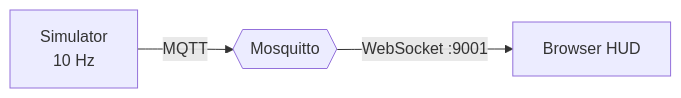
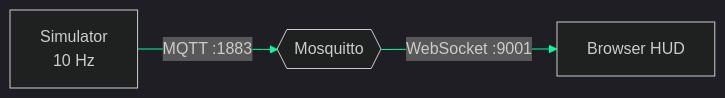
The diagram in README.md (flicky-official/realtime-telemetry-platform), drawn with Mermaid before and after one commit. The commit also changed other lines of this file and 1 other file, not shown here.

Commit message:
docs: hero GIF, live demo link and themed architecture diagram

````diff
--- a/README.md
+++ b/README.md
@@ -31,5 +48,6 @@
 ```mermaid
+%%{init: {'theme':'dark','themeVariables':{'primaryColor':'#04070a','primaryBorderColor':'#00ff9c','primaryTextColor':'#00ff9c','lineColor':'#00ff9c','secondaryColor':'#04070a','tertiaryColor':'#04070a','fontFamily':'monospace'}}}%%
 flowchart LR
-  S[Simulator<br/>10 Hz] -->|MQTT| B{{Mosquitto}}
-  B -->|WebSocket :9001| H[Browser HUD]
+  S["Simulator<br/>10 Hz"] -->|"MQTT :1883"| B{{"Mosquitto"}}
+  B -->|"WebSocket :9001"| H["Browser HUD"]
 ```
````
